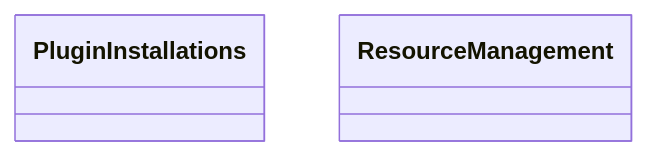
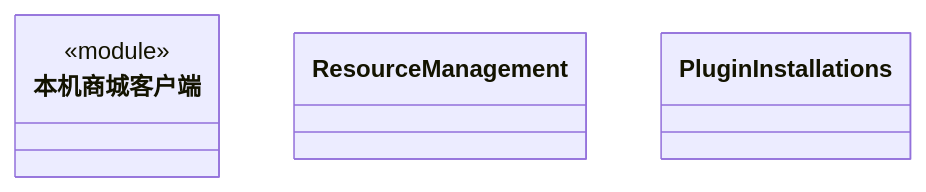
The diagram in src/logic/resource-management/ARCHITECTURE.md (nan023062/cbim), drawn with Mermaid before and after one commit. The commit also changed other lines of this file and 24 other files, not shown here.

````diff
--- a/src/logic/resource-management/ARCHITECTURE.md
+++ b/src/logic/resource-management/ARCHITECTURE.md
@@ -20,7 +22,11 @@
 ```mermaid
 classDiagram
+class N_91d4bf328aa0["本机商城客户端"] {
+  <<module>>
+}
+click N_91d4bf328aa0 href "local-registry.ts"
+class N_0666ba67e6b7["ResourceManagement"]
+click N_0666ba67e6b7 href "index.ts"
 class N_7114dce71c65["PluginInstallations"]
 click N_7114dce71c65 href "plugin-installations.ts"
-class N_0666ba67e6b7["ResourceManagement"]
-click N_0666ba67e6b7 href "index.ts"
 ```
````
